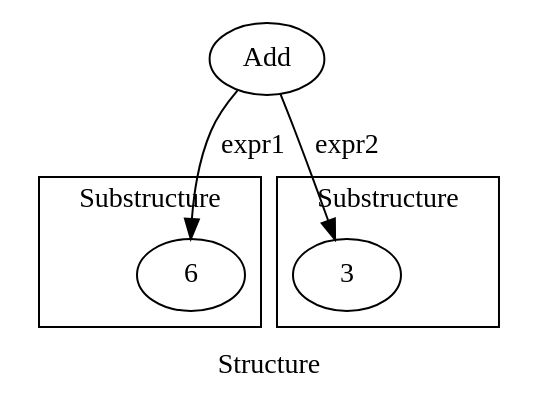
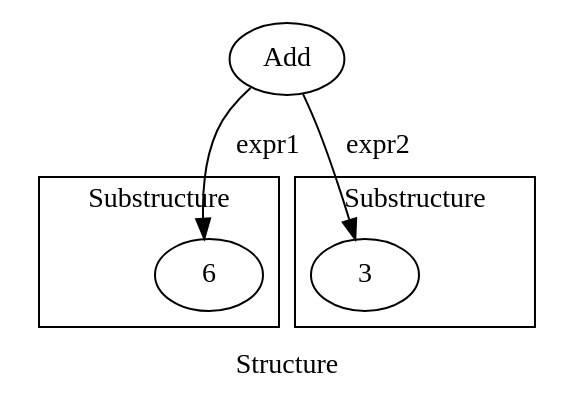
The sixth of 9 diagrams in posts/2017-03-10-matryoshka-intro.md (anatoliykmetyuk/anatoliykmetyuk.github.io_), drawn with Graphviz before and after one commit. The commit also changed other lines of this file and 1 other file, not shown here.

Commit message:
Graphviz labels fixed

````diff
--- a/posts/2017-03-10-matryoshka-intro.md
+++ b/posts/2017-03-10-matryoshka-intro.md
@@ -191,18 +191,18 @@
 ```graphviz
-digraph G { label="Structure" rankdir=TB newrank=true
+digraph G { label=" Structure " rankdir=TB newrank=true
   Add
 
-  subgraph cluster1 { label="Substructure" graph[style=solid]
-    Mult[label="6"]
+  subgraph cluster1 { label=" Substructure " graph[style=solid]
+    Mult[label=" 6 "]
   }
 
-  subgraph cluster2 { label="Substructure"
-    Num3[label="3"]
+  subgraph cluster2 { label=" Substructure "
+    Num3[label=" 3 "]
   }
 
   {rank=same Mult Num3}
 
-  Add -> Mult[label="expr1"]
-  Add -> Num3[label="expr2"]
+  Add -> Mult[label=" expr1 "]
+  Add -> Num3[label=" expr2 "]
 }
 ```
````
